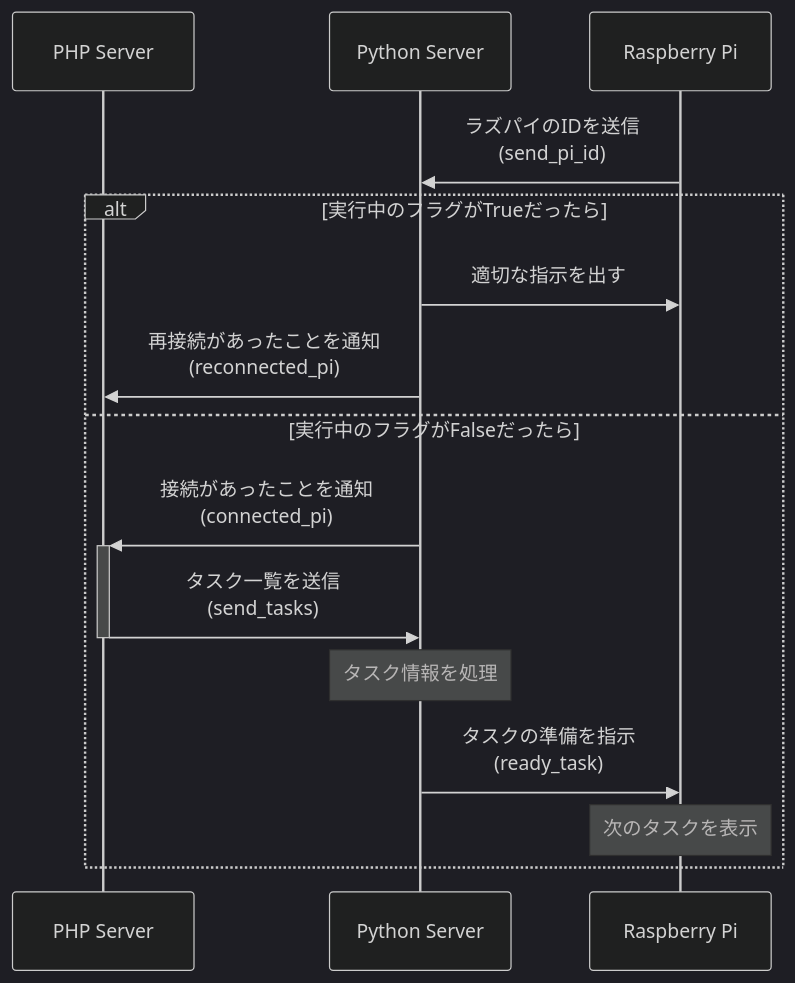
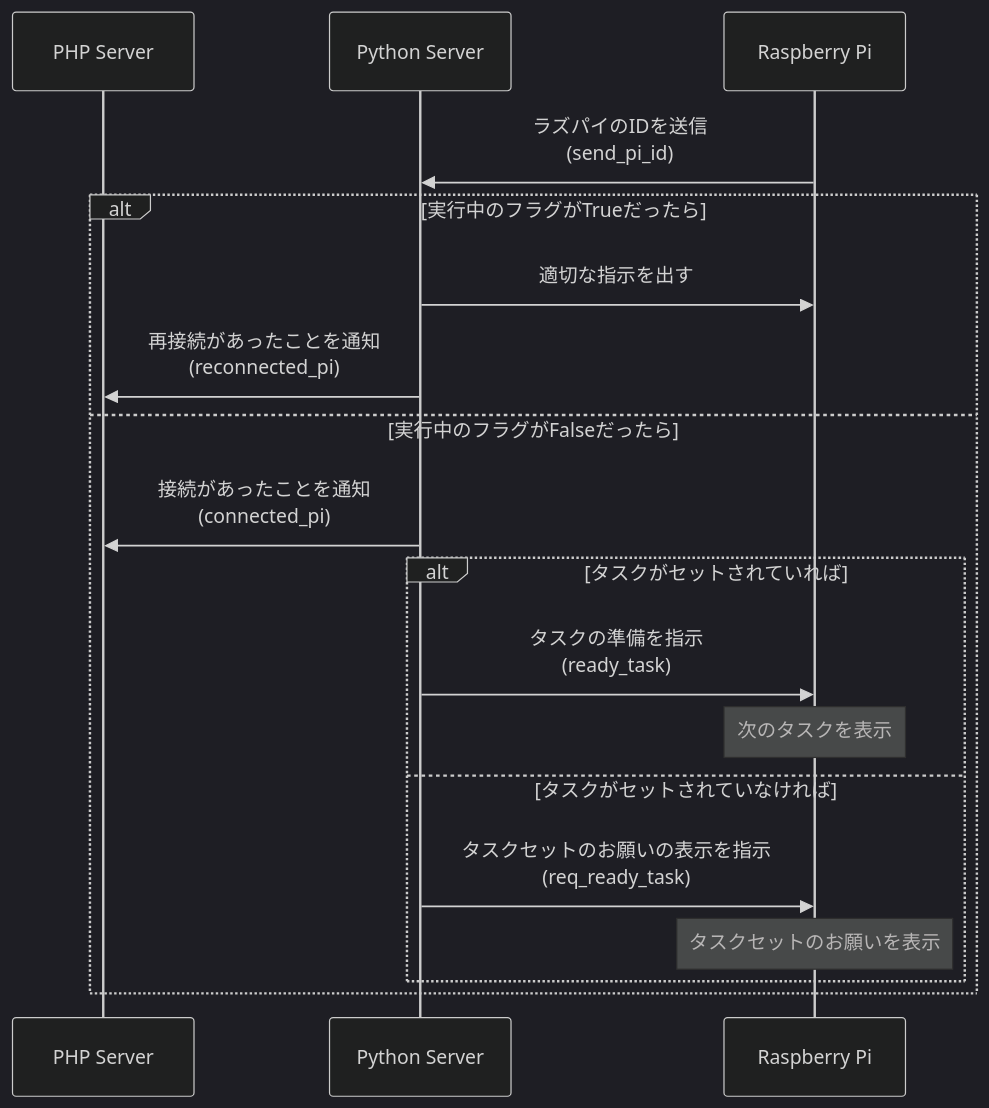
One commit to litech-team/li-learn-timer-docs changed the first of 6 diagrams in sequence.md. Above: the diagram before and after it, drawn with Mermaid (dark theme). The commit also changed other lines of this file, not shown here.

Commit message:
Webでタスクをセットした時を追加

````diff
--- a/sequence.md
+++ b/sequence.md
@@ -5,18 +5,22 @@
 ```mermaid
 sequenceDiagram
     participant server as PHP Server
     participant python as Python Server
     participant client as Raspberry Pi
 
     client ->> python: ラズパイのIDを送信<br>(send_pi_id)
     alt 実行中のフラグがTrueだったら
         python ->> client: 適切な指示を出す
         python ->> server: 再接続があったことを通知<br>(reconnected_pi)
     else 実行中のフラグがFalseだったら
-        python ->>+ server: 接続があったことを通知<br>(connected_pi)
-        server ->>- python: タスク一覧を送信<br>(send_tasks)
-        Note over python: タスク情報を処理
-        python ->> client: タスクの準備を指示<br>(ready_task)
-        Note over client: 次のタスクを表示
+        python ->> server: 接続があったことを通知<br>(connected_pi)
+
+        alt タスクがセットされていれば
+            python ->> client: タスクの準備を指示<br>(ready_task)
+            Note over client: 次のタスクを表示
+        else タスクがセットされていなければ
+            python ->> client: タスクセットのお願いの表示を指示<br>(req_ready_task)
+            Note over client: タスクセットのお願いを表示
+        end
     end
 ```
````
